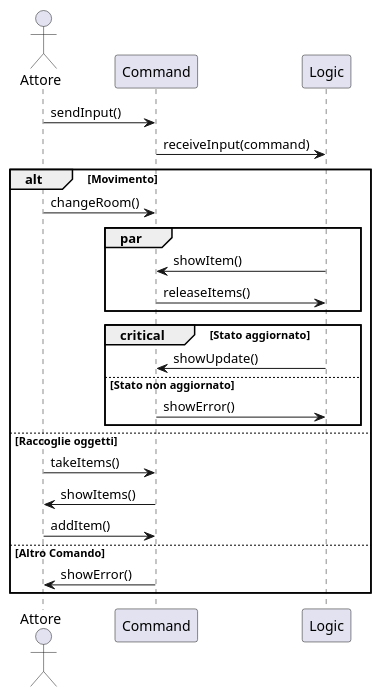
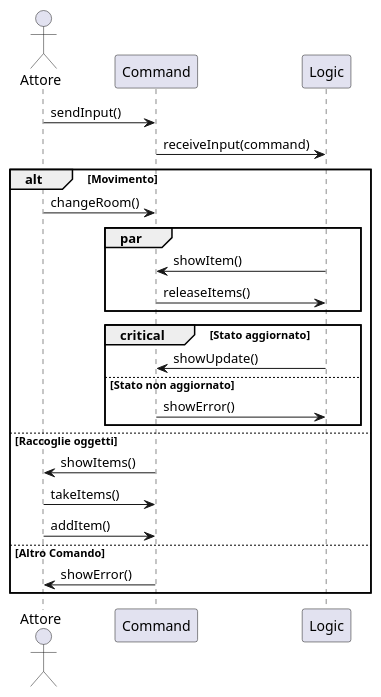
Before and after one commit to antozerba/Text-Based-AdventureGame: the diagram in Documenti/Documento di design/Internal Sequence Diagrams/HandleUserRequest.puml, drawn with PlantUML. The commit also changed other lines of this file and 4 other files, not shown here.

Commit message:
Internal sequence diagrams

```diff
--- a/Documenti/Documento di design/Internal Sequence Diagrams/HandleUserRequest.puml
+++ b/Documenti/Documento di design/Internal Sequence Diagrams/HandleUserRequest.puml
@@ -1,27 +1,28 @@
 @startuml
 actor Attore 
 participant Command
 participant Logic 
 
 Attore -> Command : sendInput()
 Command -> Logic : receiveInput(command)
 
 Alt Movimento
     Attore -> Command : changeRoom()
         Par 
             Command <- Logic : showItem()
             Command -> Logic : releaseItems()
         end
             Critical Stato aggiornato 
                 Command <- Logic: showUpdate()
             else Stato non aggiornato
                 Command -> Logic: showError()
             end
 else Raccoglie oggetti
+    Attore <- Command : showItems()
     Attore -> Command : takeItems()
-    Attore <- Command : showItems()
+    
     Attore -> Command : addItem()
 else Altro Comando 
     Attore <- Command : showError()
 end 
 @enduml
```
